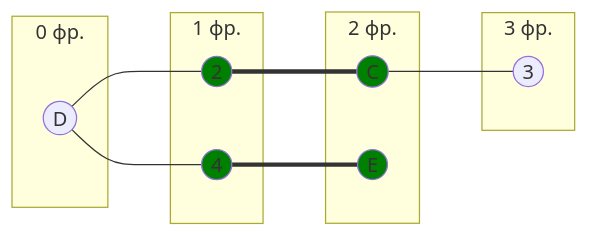
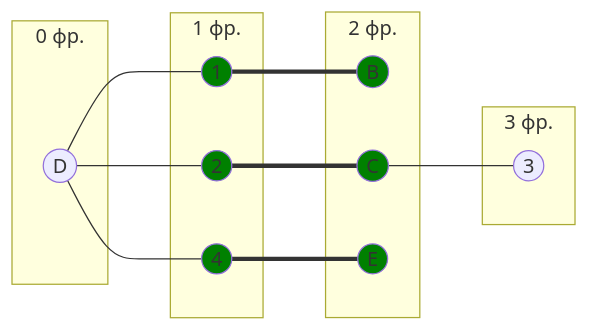
One commit to algos-ris-24-4/manual-tasks changed diagram 12 of 15 in Задание 8/programturtles.md. Above: the diagram before and after it, drawn with Mermaid. The commit also changed other lines of this file, not shown here.

````diff
--- a/Задание 8/programturtles.md
+++ b/Задание 8/programturtles.md
@@ -507,25 +534,29 @@
 ```mermaid
 graph LR
     subgraph " 0 фр."
         D((D))
     end
     subgraph " 1 фр."
+        1((1))
         2((2))
         4((4))
     end
     subgraph " 2 фр."
+        B((B))
         C((C))
         E((E))
     end
     subgraph " 3 фр."
         3((3))
     end
+    D --- 1 === B
     D --- 2 === C --- 3
     D --- 4 === E
 
-
+    style B fill:#008000
+    style 1 fill:#008000
     style E fill:#008000
     style 4 fill:#008000
     style 2 fill:#008000
     style C fill:#008000
 ```
````
